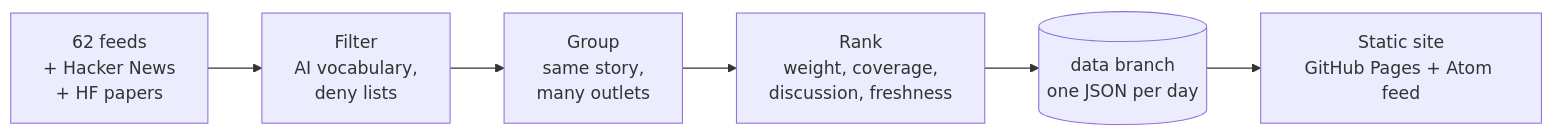
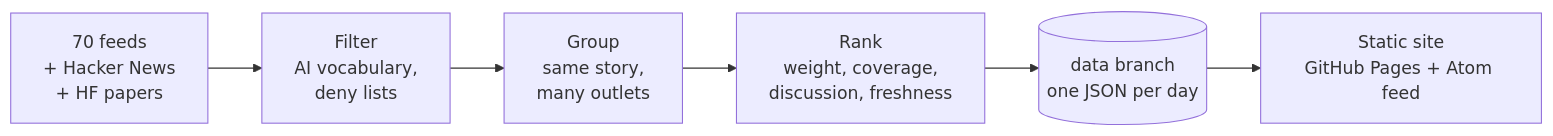
The diagram in README.md (gcolling/ai-newsletter), drawn with Mermaid before and after one commit. The commit also changed 4 other files, not shown here.

````diff
--- a/README.md
+++ b/README.md
@@ -7,8 +7,8 @@
 ```mermaid
 flowchart LR
-  A[62 feeds<br/>+ Hacker News<br/>+ HF papers] --> B[Filter<br/>AI vocabulary,<br/>deny lists]
+  A[70 feeds<br/>+ Hacker News<br/>+ HF papers] --> B[Filter<br/>AI vocabulary,<br/>deny lists]
   B --> C[Group<br/>same story,<br/>many outlets]
   C --> D[Rank<br/>weight, coverage,<br/>discussion, freshness]
   D --> E[(data branch<br/>one JSON per day)]
   E --> F[Static site<br/>GitHub Pages + Atom feed]
 ```
````
